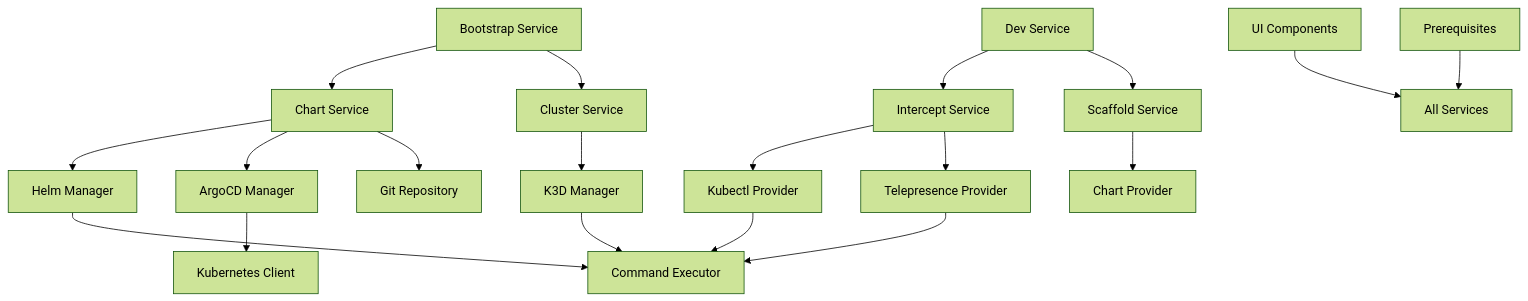
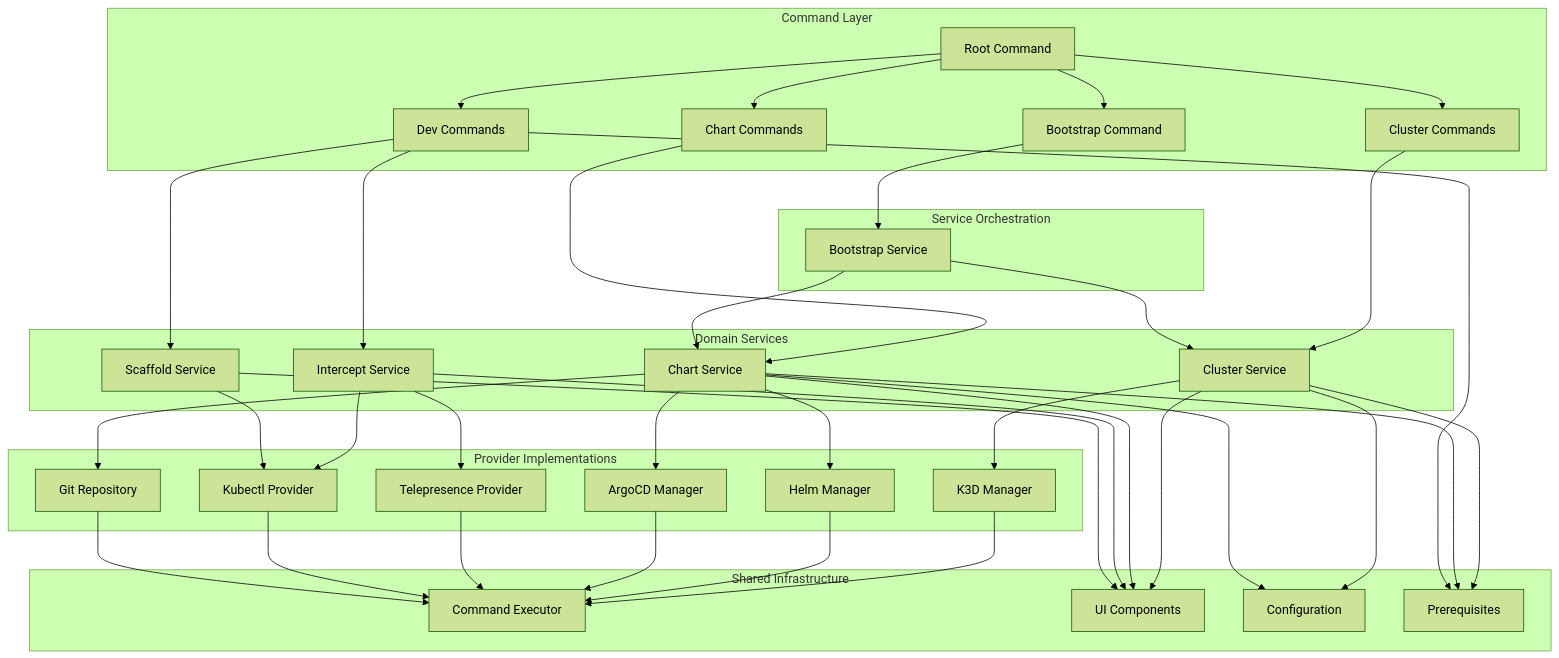
Before and after one commit to Praesto-Pro/openframe-cli: the second of 4 diagrams in docs/architecture/overview.md, drawn with Mermaid (forest theme). The commit also changed other lines of this file and 19 other files, not shown here.

````diff
--- a/docs/architecture/overview.md
+++ b/docs/architecture/overview.md
@@ -63,28 +90,78 @@
 ```mermaid
 graph TD
-    Bootstrap[Bootstrap Service] --> ChartService[Chart Service]
-    Bootstrap --> ClusterService[Cluster Service]
+    subgraph "Command Layer"
+        RootCmd[Root Command]
+        BootstrapCmd[Bootstrap Command]
+        ClusterCmd[Cluster Commands]
+        ChartCmd[Chart Commands]
+        DevCmd[Dev Commands]
+    end
     
-    ChartService --> HelmManager[Helm Manager]
-    ChartService --> ArgoCDManager[ArgoCD Manager]
-    ChartService --> GitRepo[Git Repository]
+    subgraph "Service Orchestration"
+        BootstrapSvc[Bootstrap Service]
+    end
     
-    ClusterService --> K3DManager[K3D Manager]
+    subgraph "Domain Services"
+        ClusterSvc[Cluster Service]
+        ChartSvc[Chart Service] 
+        InterceptSvc[Intercept Service]
+        ScaffoldSvc[Scaffold Service]
+    end
     
-    DevService[Dev Service] --> InterceptService[Intercept Service]
-    DevService --> ScaffoldService[Scaffold Service]
+    subgraph "Provider Implementations"
+        K3DMgr[K3D Manager]
+        HelmMgr[Helm Manager]
+        ArgoCDMgr[ArgoCD Manager]
+        TelepresenceProv[Telepresence Provider]
+        KubectlProv[Kubectl Provider]
+        GitRepo[Git Repository]
+    end
     
-    InterceptService --> KubectlProvider[Kubectl Provider]
-    InterceptService --> TelepresenceProvider[Telepresence Provider]
+    subgraph "Shared Infrastructure"
+        Executor[Command Executor]
+        UI[UI Components]
+        Config[Configuration]
+        Prerequisites[Prerequisites]
+    end
     
-    ScaffoldService --> ChartProvider[Chart Provider]
+    RootCmd --> BootstrapCmd
+    RootCmd --> ClusterCmd
+    RootCmd --> ChartCmd
+    RootCmd --> DevCmd
     
-    HelmManager --> Executor[Command Executor]
-    ArgoCDManager --> KubernetesClient[Kubernetes Client]
-    K3DManager --> Executor
-    KubectlProvider --> Executor
-    TelepresenceProvider --> Executor
+    BootstrapCmd --> BootstrapSvc
+    ClusterCmd --> ClusterSvc
+    ChartCmd --> ChartSvc
+    DevCmd --> InterceptSvc
+    DevCmd --> ScaffoldSvc
     
-    UI[UI Components] --> Services[All Services]
-    Prerequisites[Prerequisites] --> Services
+    BootstrapSvc --> ClusterSvc
+    BootstrapSvc --> ChartSvc
+    
+    ClusterSvc --> K3DMgr
+    ChartSvc --> HelmMgr
+    ChartSvc --> ArgoCDMgr
+    ChartSvc --> GitRepo
+    InterceptSvc --> TelepresenceProv
+    InterceptSvc --> KubectlProv
+    ScaffoldSvc --> KubectlProv
+    
+    K3DMgr --> Executor
+    HelmMgr --> Executor
+    ArgoCDMgr --> Executor
+    TelepresenceProv --> Executor
+    KubectlProv --> Executor
+    GitRepo --> Executor
+    
+    ClusterSvc --> UI
+    ChartSvc --> UI
+    InterceptSvc --> UI
+    ScaffoldSvc --> UI
+    
+    ClusterSvc --> Config
+    ChartSvc --> Config
+    
+    ClusterSvc --> Prerequisites
+    ChartSvc --> Prerequisites
+    DevCmd --> Prerequisites
 ```
````
